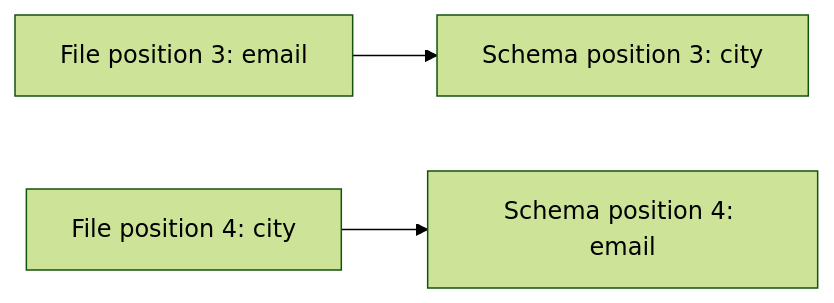
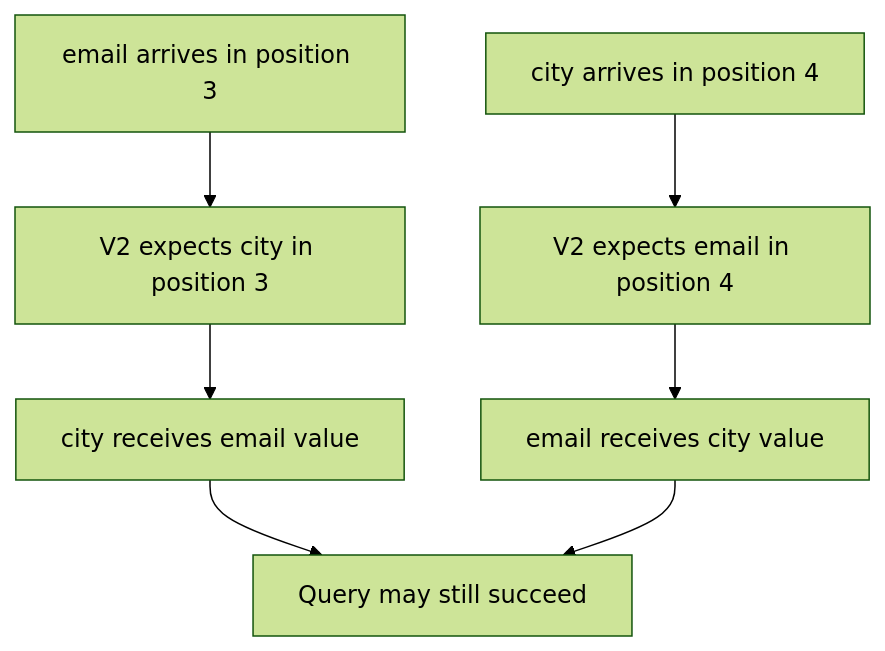
One commit to tg117official/databricks-hands-on-tg117-pst changed the ninth of 15 diagrams in 03_file_based_ingestion/session_4/customer_schema_evolution/customer_schema_evolution_notes.md. Above: the diagram before and after it, drawn with Mermaid (forest theme). The commit also changed other lines of this file and 4 other files, not shown here.

Commit message:
added schema evolution scenarios problem solution approach

````diff
--- a/03_file_based_ingestion/session_4/customer_schema_evolution/customer_schema_evolution_notes.md
+++ b/03_file_based_ingestion/session_4/customer_schema_evolution/customer_schema_evolution_notes.md
@@ -623,5 +463,9 @@
 ```mermaid
-flowchart LR
-    A[File position 3: email] --> B[Schema position 3: city]
-    C[File position 4: city] --> D[Schema position 4: email]
+flowchart TD
+    A[email arrives in position 3] --> B[V2 expects city in position 3]
+    C[city arrives in position 4] --> D[V2 expects email in position 4]
+    B --> E[city receives email value]
+    D --> F[email receives city value]
+    E --> G[Query may still succeed]
+    F --> G
 ```
````
